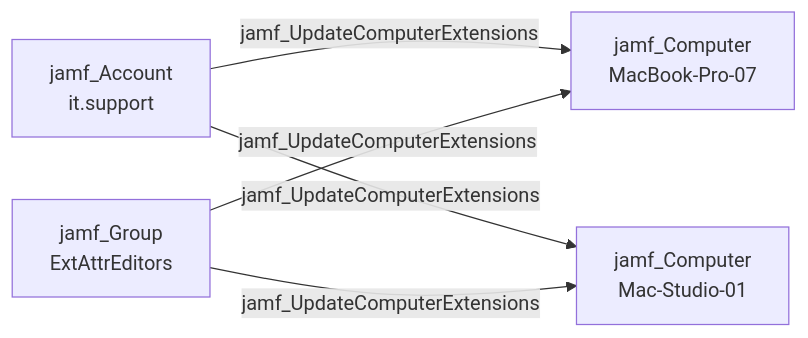
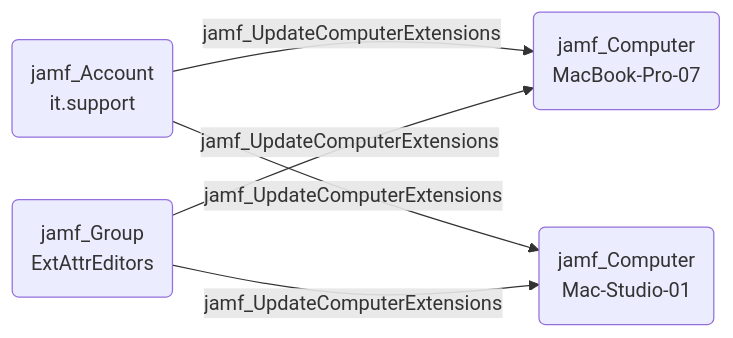
One commit to SpecterOps/bloodhound-docs changed the diagram in docs/opengraph/extensions/jamfhound/reference/edges/jamf_updatecomputerextensions.mdx. Above: the diagram before and after it, drawn with Mermaid. The commit also changed 2 other files, not shown here.

Commit message:
Testing Mermaid graph updates

````diff
--- a/docs/opengraph/extensions/jamfhound/reference/edges/jamf_updatecomputerextensions.mdx
+++ b/docs/opengraph/extensions/jamfhound/reference/edges/jamf_updatecomputerextensions.mdx
@@ -18,7 +18,15 @@
 ```mermaid
 graph LR
-    A["jamf_Account\nit.support"] -->|jamf_UpdateComputerExtensions| B["jamf_Computer\nMacBook-Pro-07"]
-    A -->|jamf_UpdateComputerExtensions| C["jamf_Computer\nMac-Studio-01"]
-    D["jamf_Group\nExtAttrEditors"] -->|jamf_UpdateComputerExtensions| B
-    D -->|jamf_UpdateComputerExtensions| C
+    A("jamf_Account
+it.support")
+    B("jamf_Computer
+MacBook-Pro-07")
+    C("jamf_Computer
+Mac-Studio-01")
+    D("jamf_Group
+ExtAttrEditors")
+    A -- jamf_UpdateComputerExtensions --> B
+    A -- jamf_UpdateComputerExtensions --> C
+    D -- jamf_UpdateComputerExtensions --> B
+    D -- jamf_UpdateComputerExtensions --> C
 ```
````
